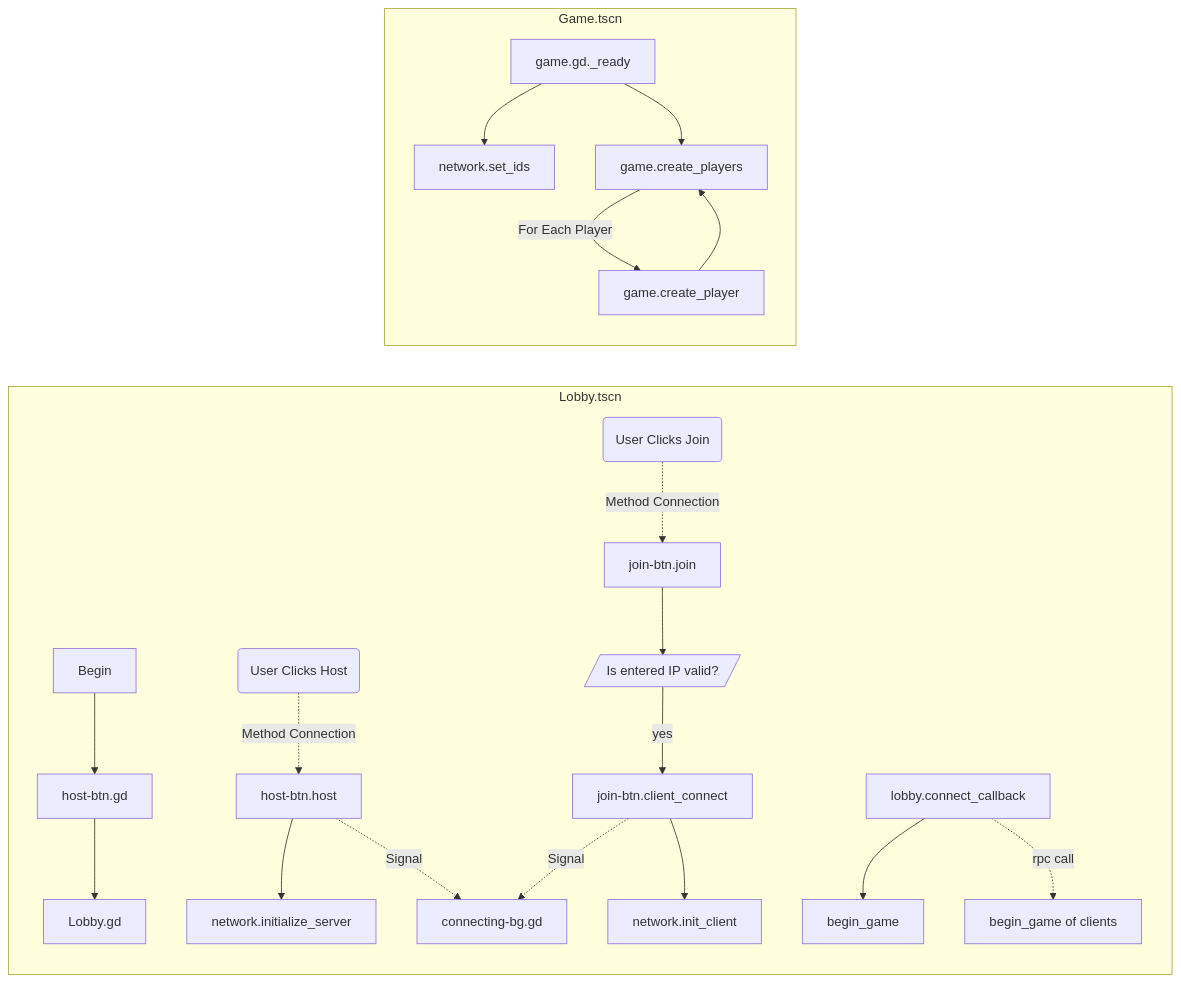
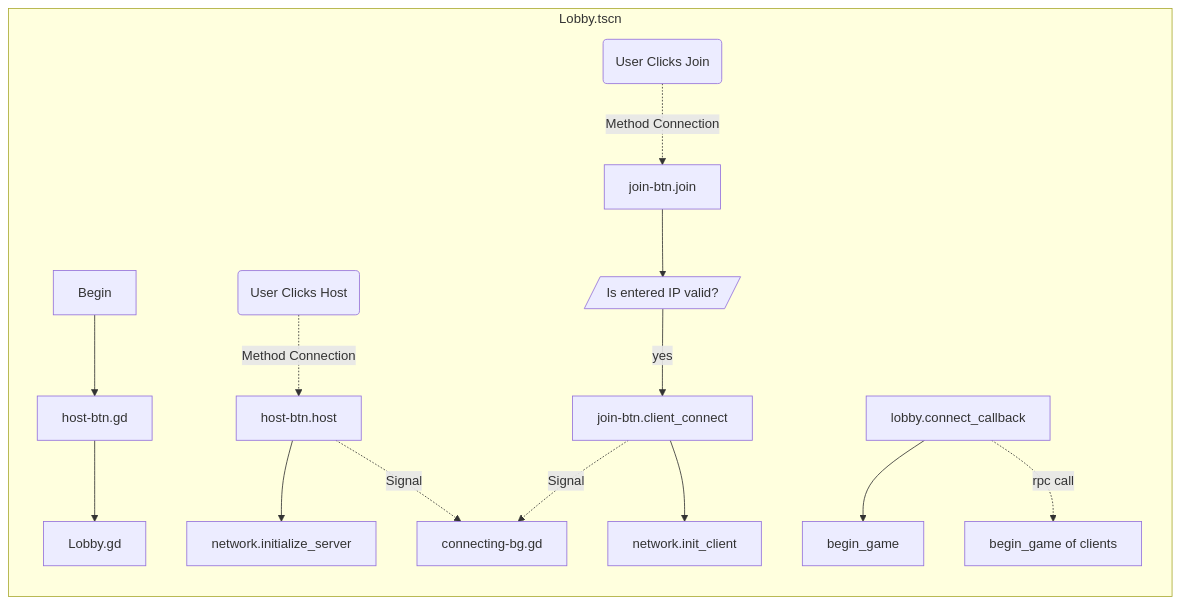
The second of 3 diagrams in readme.md (EECE3093C/team-project-wiitanks-networking-demo), drawn with Mermaid before and after one commit.

Commit message:
breaking apart scene diagrams into subgraphs

````diff
--- a/readme.md
+++ b/readme.md
@@ -22,35 +22,22 @@
-```mermaid
-flowchart LR
-    
-    
+```mermaid 
+flowchart
     subgraph Lobby.tscn
         
         direction TB
         Begin --> host-btn.gd
         host-btn.gd --> Lobby.gd
         id1(User Clicks Host) -.->|Method Connection| host-btn.host
         host-btn.host --> network.initialize_server
         host-btn.host -.->|Signal| connecting-bg.gd
 
         id3(User Clicks Join) -.->|Method Connection| join-btn.join
         join-btn.join --> id5[/Is entered IP valid?/]
         id5 -->|yes| join-btn.client_connect
         join-btn.client_connect --> network.init_client
         join-btn.client_connect -.->|Signal| connecting-bg.gd
 
         lobby.connect_callback --> begin_game
         lobby.connect_callback -.->|rpc call| id2[begin_game of clients]
 
     end
-
-    subgraph Game.tscn
-
-        direction TB
-        game.gd._ready --> network.set_ids
-        game.gd._ready --> game.create_players
-        game.create_players -->|For Each Player| game.create_player
-        game.create_player --> game.create_players
-
-    end
-
 ```
````
